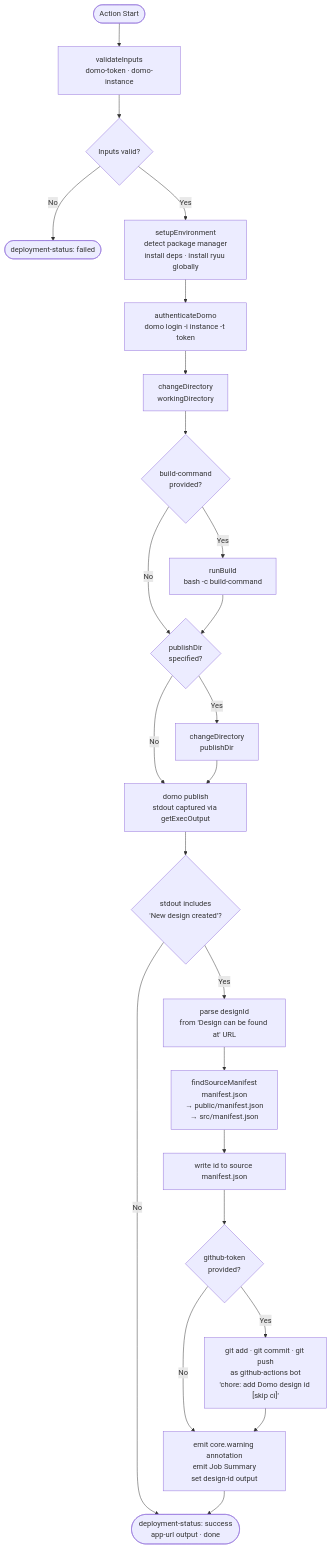
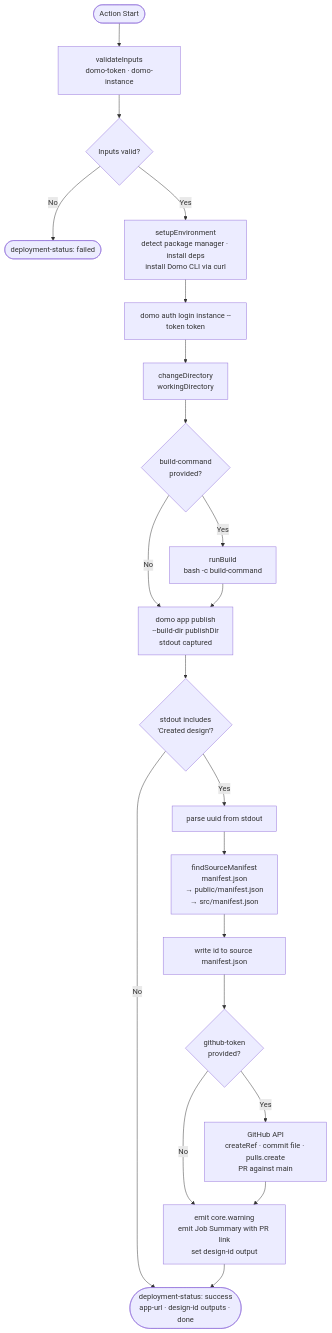
The diagram in docs/action-pipeline.md (fossabot/domoapps-publish-action), drawn with Mermaid before and after one commit. The commit also changed 5 other files, not shown here.

First line of the commit message:
docs: update all docs and diagrams for new Domo CLI and PR flow

````diff
--- a/docs/action-pipeline.md
+++ b/docs/action-pipeline.md
@@ -3,27 +3,24 @@
 ```mermaid
 flowchart TD
     START([Action Start]) --> VALIDATE["validateInputs<br/>domo-token · domo-instance"]
     VALIDATE --> VALID{"Inputs valid?"}
     VALID -- No --> FAIL(["deployment-status: failed"])
-    VALID -- Yes --> SETUP["setupEnvironment<br/>detect package manager<br/>install deps · install ryuu globally"]
-    SETUP --> AUTH["authenticateDomo<br/>domo login -i instance -t token"]
-    AUTH --> CHDIR1["changeDirectory<br/>workingDirectory"]
-    CHDIR1 --> HASBUILD{"build-command<br/>provided?"}
+    VALID -- Yes --> SETUP["setupEnvironment<br/>detect package manager · install deps<br/>install Domo CLI via curl"]
+    SETUP --> AUTH["domo auth login instance --token token"]
+    AUTH --> CHDIR["changeDirectory<br/>workingDirectory"]
+    CHDIR --> HASBUILD{"build-command<br/>provided?"}
     HASBUILD -- Yes --> BUILD["runBuild<br/>bash -c build-command"]
-    HASBUILD -- No --> PUBDIRCHECK
-    BUILD --> PUBDIRCHECK{"publishDir<br/>specified?"}
-    PUBDIRCHECK -- Yes --> CHDIR2["changeDirectory<br/>publishDir"]
-    PUBDIRCHECK -- No --> PUBLISH
-    CHDIR2 --> PUBLISH["domo publish<br/>stdout captured via getExecOutput"]
-    PUBLISH --> NEWDESIGN{"stdout includes<br/>'New design created'?"}
+    HASBUILD -- No --> PUBLISH
+    BUILD --> PUBLISH["domo app publish<br/>--build-dir publishDir<br/>stdout captured"]
+    PUBLISH --> NEWDESIGN{"stdout includes<br/>'Created design'?"}
     NEWDESIGN -- No --> SUCCESS
-    NEWDESIGN -- Yes --> PARSEID["parse designId<br/>from 'Design can be found at' URL"]
+    NEWDESIGN -- Yes --> PARSEID["parse uuid from stdout"]
     PARSEID --> FINDMANIFEST["findSourceManifest<br/>manifest.json<br/>→ public/manifest.json<br/>→ src/manifest.json"]
     FINDMANIFEST --> WRITEMANIFEST["write id to source manifest.json"]
     WRITEMANIFEST --> HASTOKEN{"github-token<br/>provided?"}
-    HASTOKEN -- Yes --> GITCOMMIT["git add · git commit · git push<br/>as github-actions bot<br/>'chore: add Domo design id [skip ci]'"]
+    HASTOKEN -- Yes --> OPENPR["GitHub API<br/>createRef · commit file · pulls.create<br/>PR against main"]
     HASTOKEN -- No --> NOTIFY
-    GITCOMMIT --> NOTIFY["emit core.warning annotation<br/>emit Job Summary<br/>set design-id output"]
+    OPENPR --> NOTIFY["emit core.warning<br/>emit Job Summary with PR link<br/>set design-id output"]
     NOTIFY --> SUCCESS
-    SUCCESS(["deployment-status: success<br/>app-url output · done"])
+    SUCCESS(["deployment-status: success<br/>app-url · design-id outputs · done"])
 ```
````
